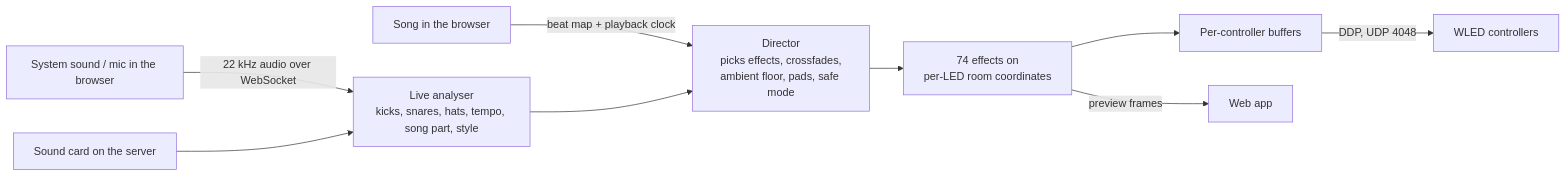
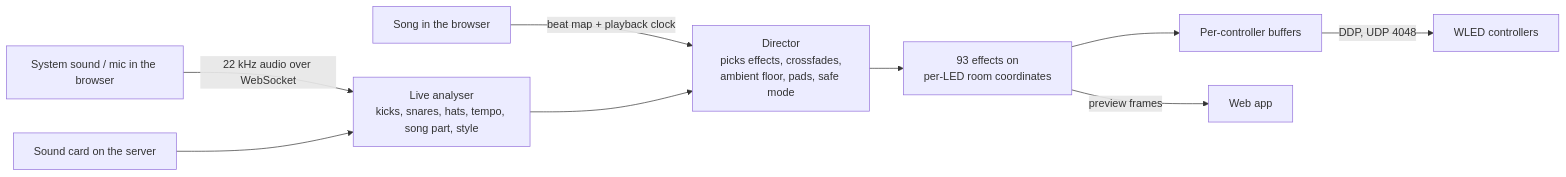
Before and after one commit to D4RKGEEK/tempolight: the diagram in README.md, drawn with Mermaid. The commit also changed other lines of this file and 10 other files, not shown here.

````diff
--- a/README.md
+++ b/README.md
@@ -175,10 +175,10 @@
 ```mermaid
 flowchart LR
   A[Song in the browser] -- beat map + playback clock --> D
   B[System sound / mic in the browser] -- 22 kHz audio over WebSocket --> C
   S[Sound card on the server] --> C
   C[Live analyser<br/>kicks, snares, hats, tempo, song part, style] --> D
-  D[Director<br/>picks effects, crossfades,<br/>ambient floor, pads, safe mode] --> E[74 effects on<br/>per-LED room coordinates]
+  D[Director<br/>picks effects, crossfades,<br/>ambient floor, pads, safe mode] --> E[93 effects on<br/>per-LED room coordinates]
   E --> F[Per-controller buffers] -- DDP, UDP 4048 --> W[WLED controllers]
   E -- preview frames --> U[Web app]
 ```
````
